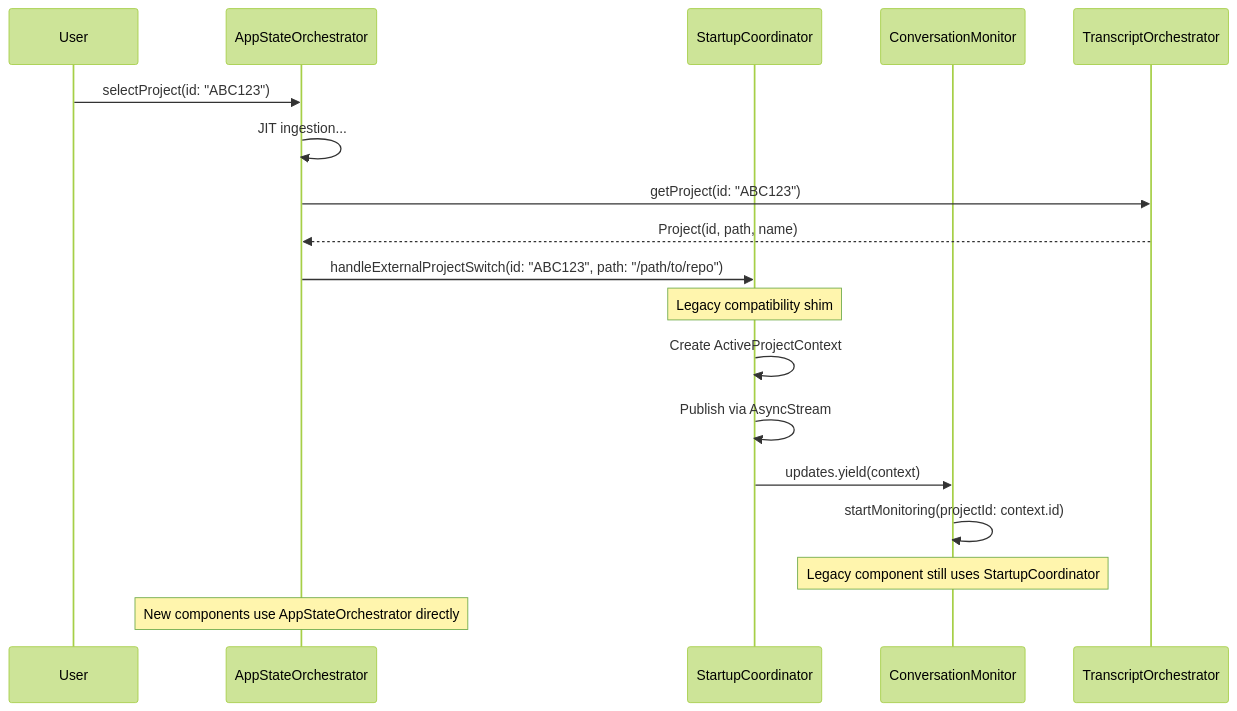
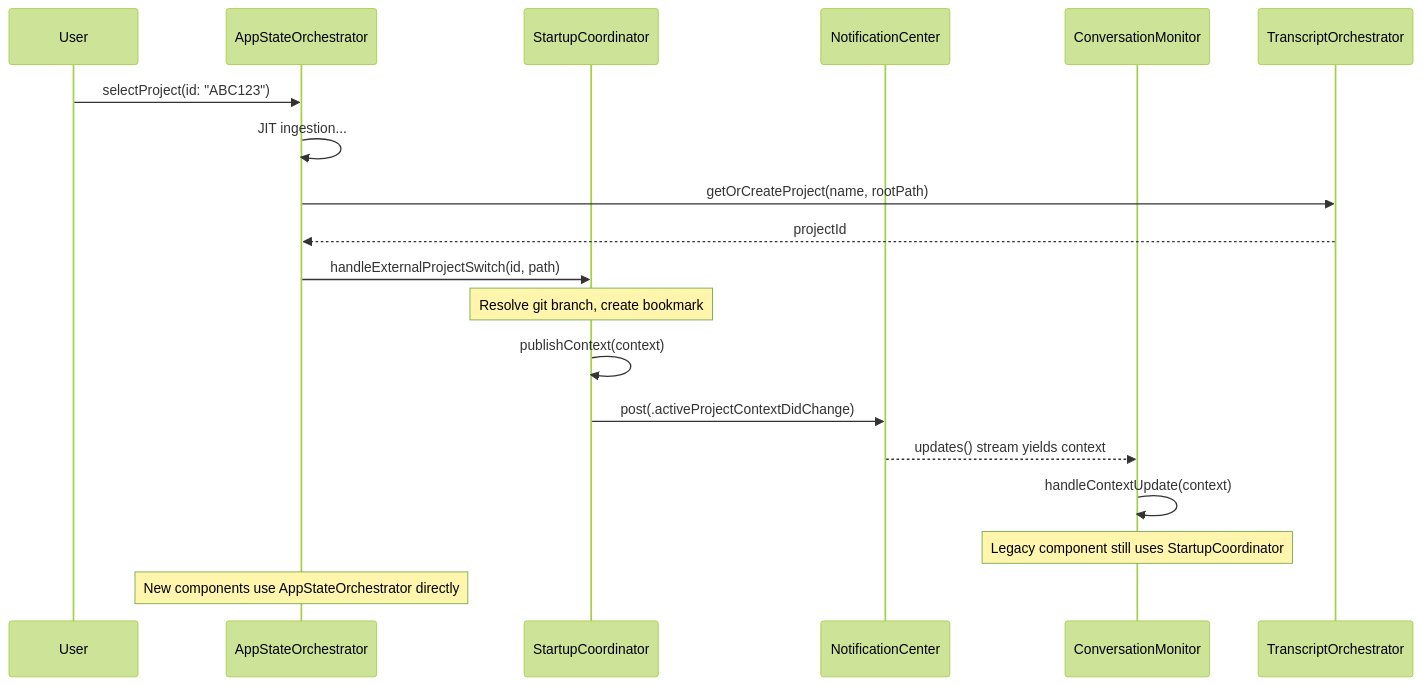
One commit to PeterPym/contextify changed the diagram in build/docs/architecture/startup-coordinator.md. Above: the diagram before and after it, drawn with Mermaid (forest theme). The commit also changed other lines of this file and 1 other file, not shown here.

First line of the commit message:
docs(architecture): fix startup-coordinator.md API accuracy

````diff
--- a/build/docs/architecture/startup-coordinator.md
+++ b/build/docs/architecture/startup-coordinator.md
@@ -61,24 +61,25 @@
 ```mermaid
 sequenceDiagram
     participant User
     participant ASO as AppStateOrchestrator
     participant SC as StartupCoordinator
+    participant NC as NotificationCenter
     participant CM as ConversationMonitor
     participant TO as TranscriptOrchestrator
 
     User->>ASO: selectProject(id: "ABC123")
     ASO->>ASO: JIT ingestion...
-    ASO->>TO: getProject(id: "ABC123")
-    TO-->>ASO: Project(id, path, name)
+    ASO->>TO: getOrCreateProject(name, rootPath)
+    TO-->>ASO: projectId
 
-    ASO->>SC: handleExternalProjectSwitch(id: "ABC123", path: "/path/to/repo")
-    Note over SC: Legacy compatibility shim
+    ASO->>SC: handleExternalProjectSwitch(id, path)
+    Note over SC: Resolve git branch, create bookmark
 
-    SC->>SC: Create ActiveProjectContext
-    SC->>SC: Publish via AsyncStream
-    SC->>CM: updates.yield(context)
-    CM->>CM: startMonitoring(projectId: context.id)
+    SC->>SC: publishContext(context)
+    SC->>NC: post(.activeProjectContextDidChange)
+    NC-->>CM: updates() stream yields context
+    CM->>CM: handleContextUpdate(context)
 
     Note over CM: Legacy component still uses StartupCoordinator
     Note over ASO: New components use AppStateOrchestrator directly
 ```
````
